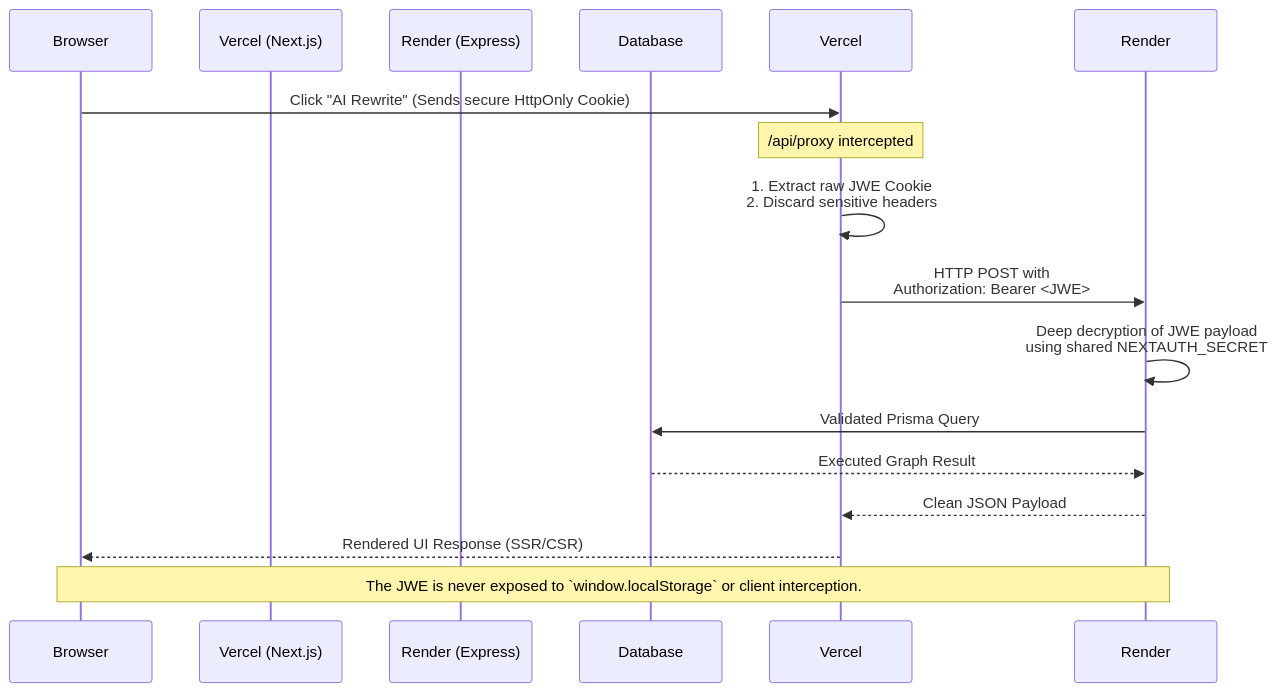
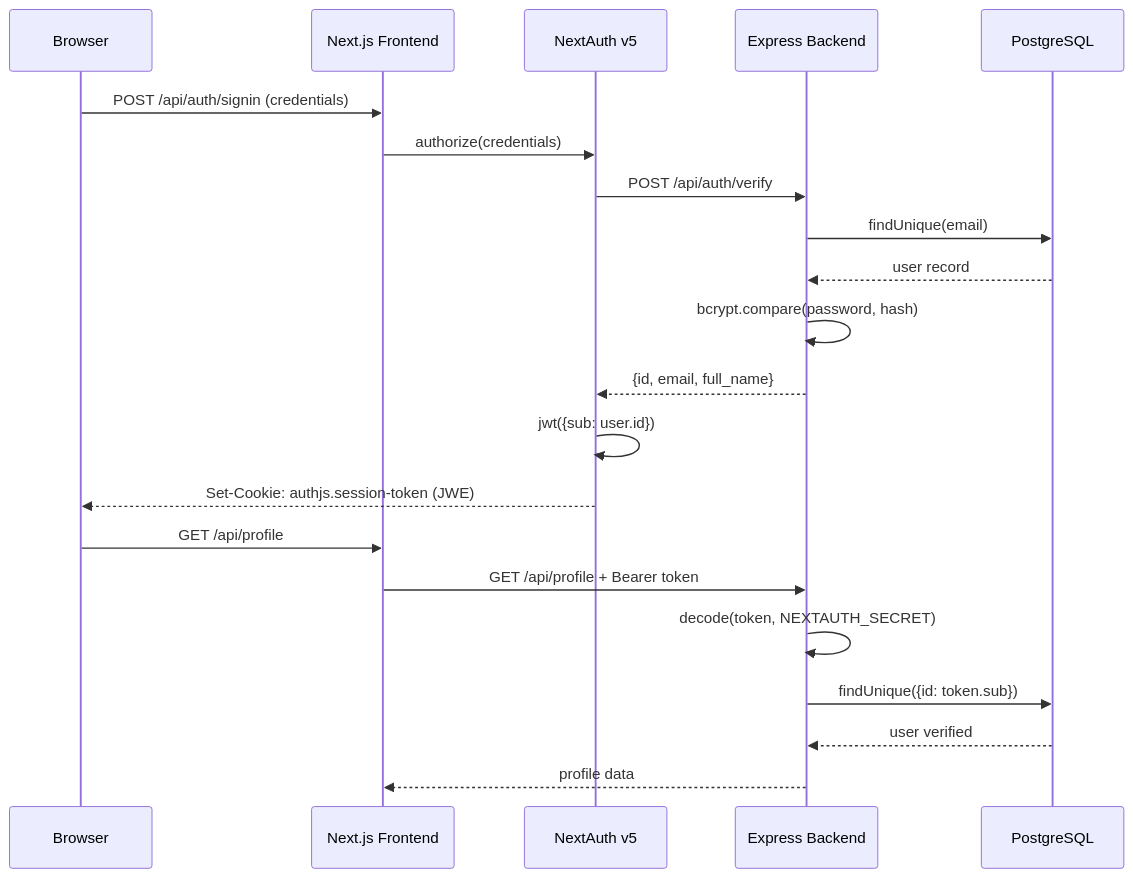
One commit to shiteshkhaw/WordSage changed the first of 3 diagrams in README.md. Above: the diagram before and after it, drawn with Mermaid. The commit also changed other lines of this file and 23 other files, not shown here.

Commit message:
feat: resolve architectural debt, upgrade templates, add WS presence, and fix Next.js dev server

````diff
--- a/README.md
+++ b/README.md
@@ -103,18 +733,25 @@
 ```mermaid
 sequenceDiagram
-    participant Browser
-    participant Vercel (Next.js)
-    participant Render (Express)
-    participant Database
+    participant B as Browser
+    participant FE as Next.js Frontend
+    participant NA as NextAuth v5
+    participant BE as Express Backend
+    participant DB as PostgreSQL
 
-    Browser->>Vercel: Click "AI Rewrite" (Sends secure HttpOnly Cookie)
-    Note over Vercel: /api/proxy intercepted
-    Vercel->>Vercel: 1. Extract raw JWE Cookie<br/>2. Discard sensitive headers
-    Vercel->>Render: HTTP POST with <br/>Authorization: Bearer <JWE>
-    Render->>Render: Deep decryption of JWE payload<br/>using shared NEXTAUTH_SECRET
-    Render->>Database: Validated Prisma Query
-    Database-->>Render: Executed Graph Result
-    Render-->>Vercel: Clean JSON Payload
-    Vercel-->>Browser: Rendered UI Response (SSR/CSR)
-    Note over Browser,Render: The JWE is never exposed to `window.localStorage` or client interception.
+    B->>FE: POST /api/auth/signin (credentials)
+    FE->>NA: authorize(credentials)
+    NA->>BE: POST /api/auth/verify
+    BE->>DB: findUnique(email)
+    DB-->>BE: user record
+    BE->>BE: bcrypt.compare(password, hash)
+    BE-->>NA: {id, email, full_name}
+    NA->>NA: jwt({sub: user.id})
+    NA-->>B: Set-Cookie: authjs.session-token (JWE)
+
+    B->>FE: GET /api/profile
+    FE->>BE: GET /api/profile + Bearer token
+    BE->>BE: decode(token, NEXTAUTH_SECRET)
+    BE->>DB: findUnique({id: token.sub})
+    DB-->>BE: user verified
+    BE-->>FE: profile data
 ```
````
